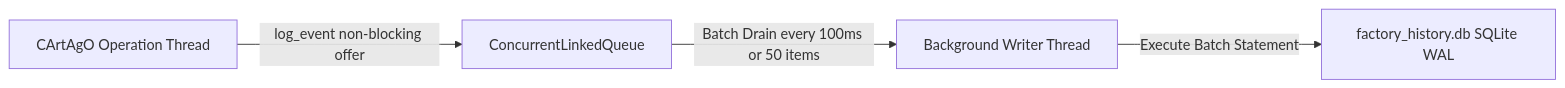
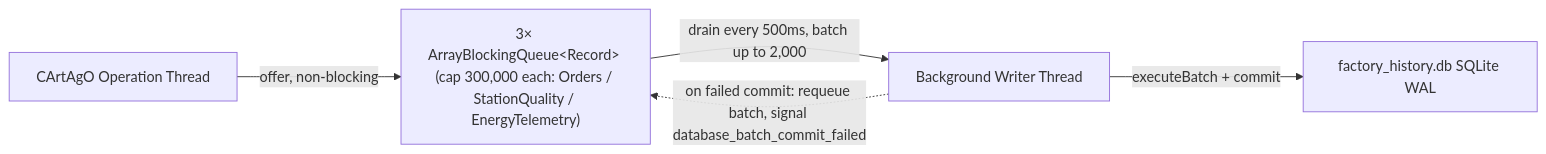
One commit to utczbr/Matrix_Factory changed the second of 2 diagrams in docs/api-and-protocols/database-schema.md. Above: the diagram before and after it, drawn with Mermaid. The commit also changed other lines of this file and 22 other files, not shown here.

````diff
--- a/docs/api-and-protocols/database-schema.md
+++ b/docs/api-and-protocols/database-schema.md
@@ -73,6 +58,7 @@
 ```mermaid
 graph LR
-    A[CArtAgO Operation Thread] -->|log_event non-blocking offer| B[ConcurrentLinkedQueue]
-    B -->|Batch Drain every 100ms or 50 items| C[Background Writer Thread]
-    C -->|Execute Batch Statement| D[factory_history.db SQLite WAL]
+    A[CArtAgO Operation Thread] -->|offer, non-blocking| B["3× ArrayBlockingQueue&lt;Record&gt; (cap 300,000 each: Orders / StationQuality / EnergyTelemetry)"]
+    B -->|drain every 500ms, batch up to 2,000| C[Background Writer Thread]
+    C -->|executeBatch + commit| D[factory_history.db SQLite WAL]
+    C -.->|on failed commit: requeue batch, signal database_batch_commit_failed| B
 ```
````
